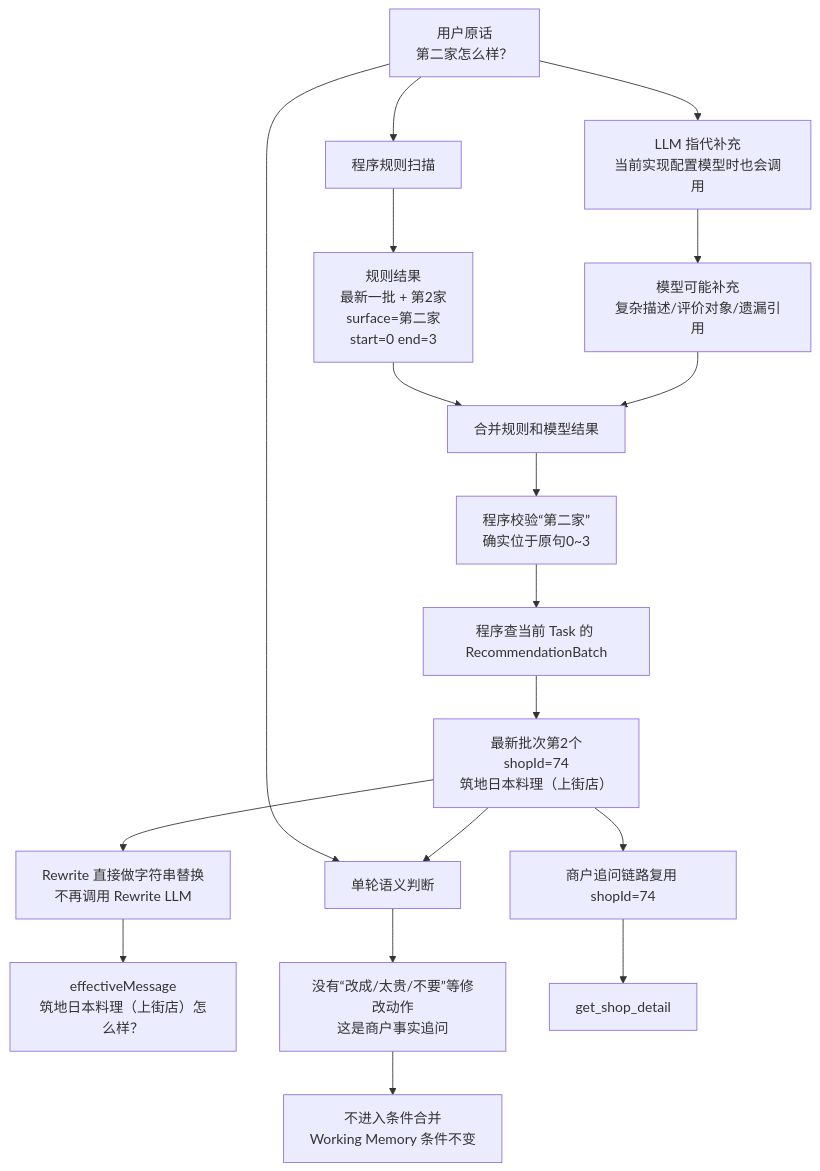
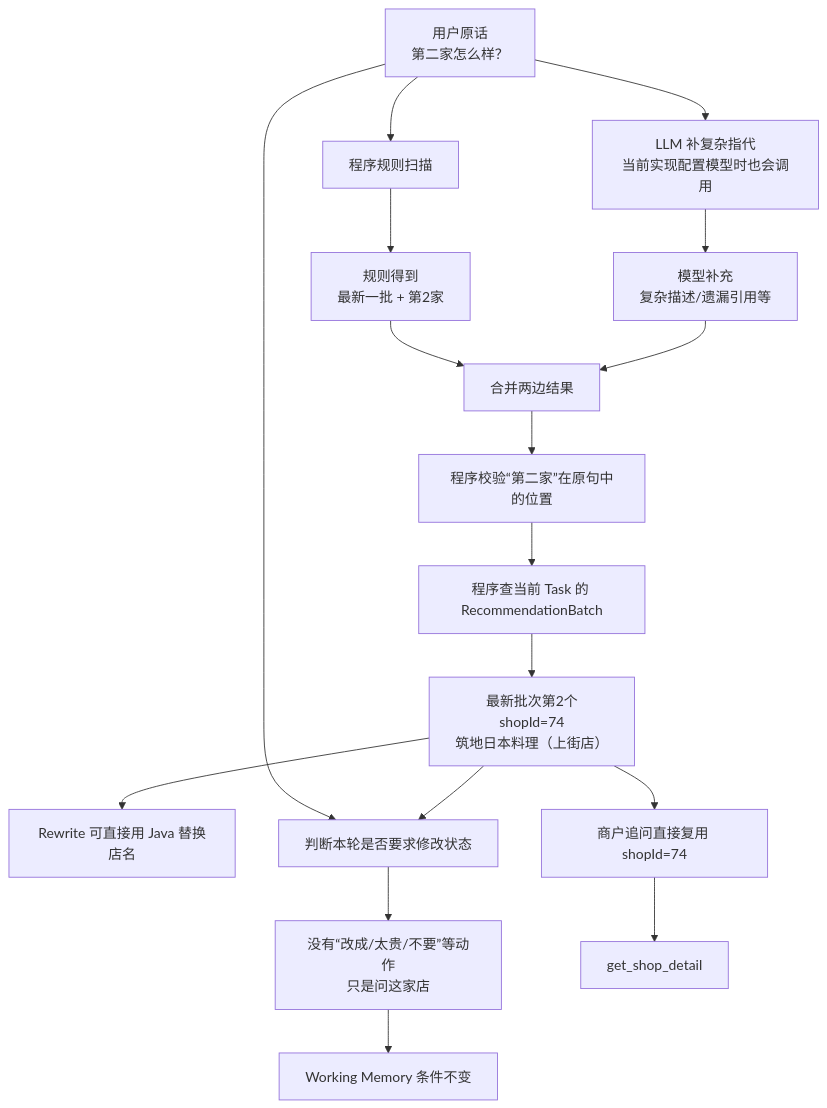
Before and after one commit to huwuhu6/dp-plus: the second of 3 diagrams in doc/02_用户约束建模、提取与状态合并——开发故事与面试准备.md, drawn with Mermaid. The commit also changed other lines of this file, not shown here.

````diff
--- a/doc/02_用户约束建模、提取与状态合并——开发故事与面试准备.md
+++ b/doc/02_用户约束建模、提取与状态合并——开发故事与面试准备.md
@@ -51,20 +49,19 @@
 ```mermaid
 flowchart TD
     A[用户原话\n第二家怎么样？] --> B[程序规则扫描]
-    A --> C[LLM 指代补充\n当前实现配置模型时也会调用]
-    B --> D[规则结果\n最新一批 + 第2家\nsurface=第二家\nstart=0 end=3]
-    C --> E[模型可能补充\n复杂描述/评价对象/遗漏引用]
-    D --> F[合并规则和模型结果]
+    A --> C[LLM 补复杂指代\n当前实现配置模型时也会调用]
+    B --> D[规则得到\n最新一批 + 第2家]
+    C --> E[模型补充\n复杂描述/遗漏引用等]
+    D --> F[合并两边结果]
     E --> F
-    F --> G[程序校验“第二家”\n确实位于原句0~3]
+    F --> G[程序校验“第二家”在原句中的位置]
     G --> H[程序查当前 Task 的 RecommendationBatch]
     H --> I[最新批次第2个\nshopId=74\n筑地日本料理（上街店）]
-    I --> J[Rewrite 直接做字符串替换\n不再调用 Rewrite LLM]
-    J --> K[effectiveMessage\n筑地日本料理（上街店）怎么样？]
-    A --> L[单轮语义判断]
-    I --> L
-    L --> M[没有“改成/太贵/不要”等修改动作\n这是商户事实追问]
-    M --> N[不进入条件合并\nWorking Memory 条件不变]
-    I --> O[商户追问链路复用 shopId=74]
-    O --> P[get_shop_detail]
+    I --> J[Rewrite 可直接用 Java 替换店名]
+    A --> K[判断本轮是否要求修改状态]
+    I --> K
+    K --> L[没有“改成/太贵/不要”等动作\n只是问这家店]
+    L --> M[Working Memory 条件不变]
+    I --> N[商户追问直接复用 shopId=74]
+    N --> O[get_shop_detail]
 ```
````
